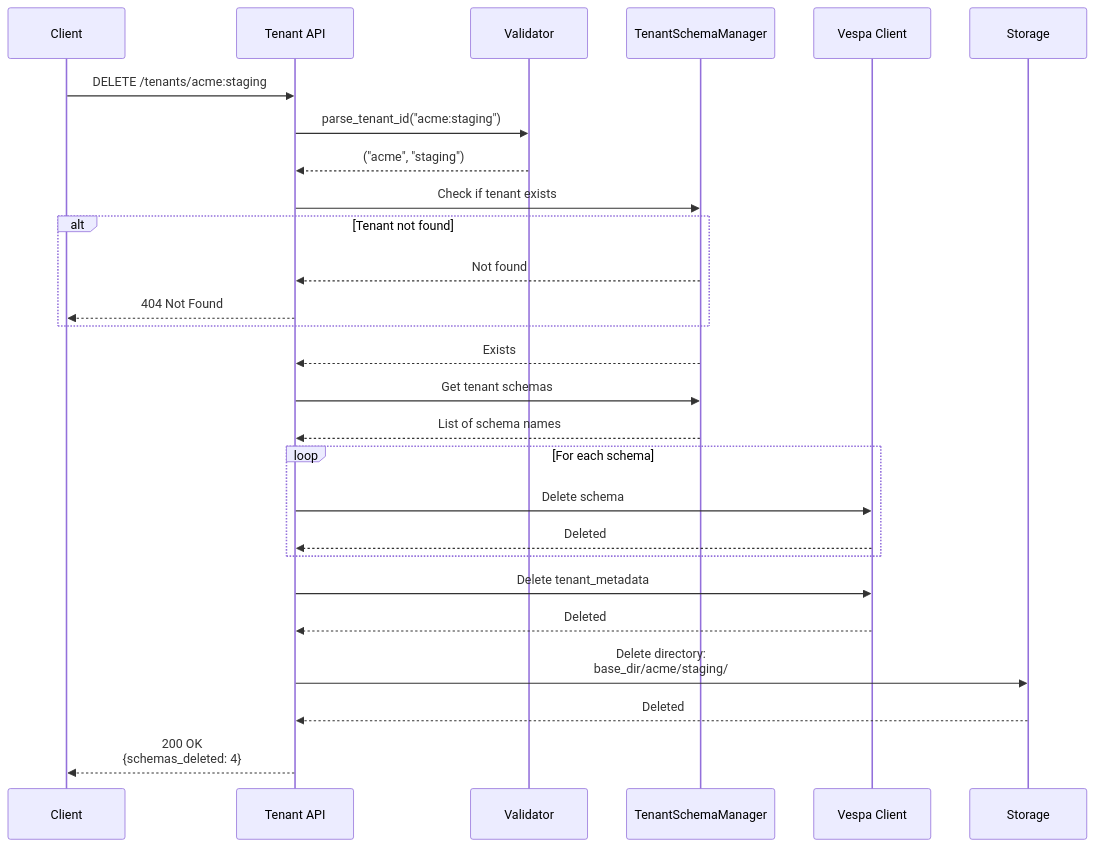
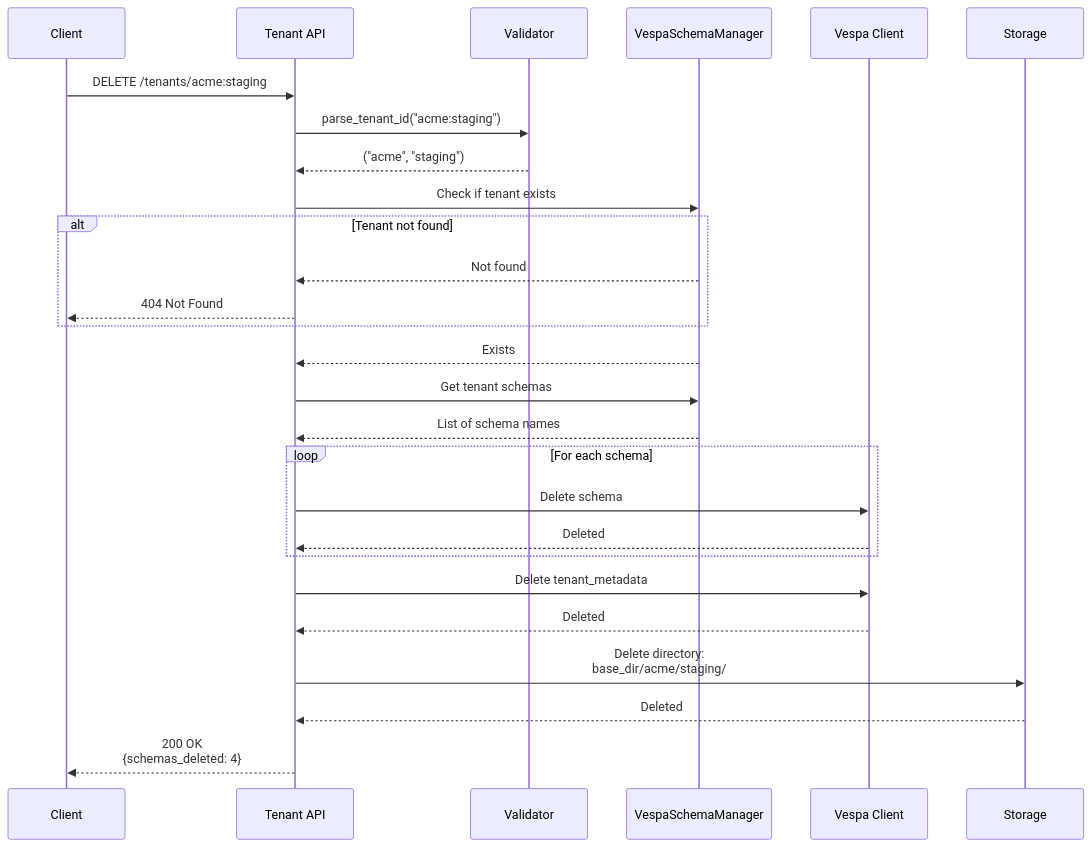
Before and after one commit to amit-jain/cogniverse: the fifth of 5 diagrams in docs/operations/multi-tenant-management.md, drawn with Mermaid. The commit also changed other lines of this file and 83 other files, not shown here.

First line of the commit message:
Fix documentation veracity, formatting, and diagrams across all modules

````diff
--- a/docs/operations/multi-tenant-management.md
+++ b/docs/operations/multi-tenant-management.md
@@ -472,38 +474,38 @@
 ```mermaid
 sequenceDiagram
     participant Client
     participant API as Tenant API
     participant Validator
-    participant SchemaManager as TenantSchemaManager
+    participant SchemaManager as VespaSchemaManager
     participant VespaClient as Vespa Client
     participant Storage
 
     Client->>API: DELETE /tenants/acme:staging
 
     API->>Validator: parse_tenant_id("acme:staging")
     Validator-->>API: ("acme", "staging")
 
     API->>SchemaManager: Check if tenant exists
     alt Tenant not found
         SchemaManager-->>API: Not found
         API-->>Client: 404 Not Found
     end
 
     SchemaManager-->>API: Exists
 
     API->>SchemaManager: Get tenant schemas
     SchemaManager-->>API: List of schema names
 
     loop For each schema
         API->>VespaClient: Delete schema
         VespaClient-->>API: Deleted
     end
 
     API->>VespaClient: Delete tenant_metadata
     VespaClient-->>API: Deleted
 
     API->>Storage: Delete directory:<br/>base_dir/acme/staging/
     Storage-->>API: Deleted
 
     API-->>Client: 200 OK<br/>{schemas_deleted: 4}
 ```
````
